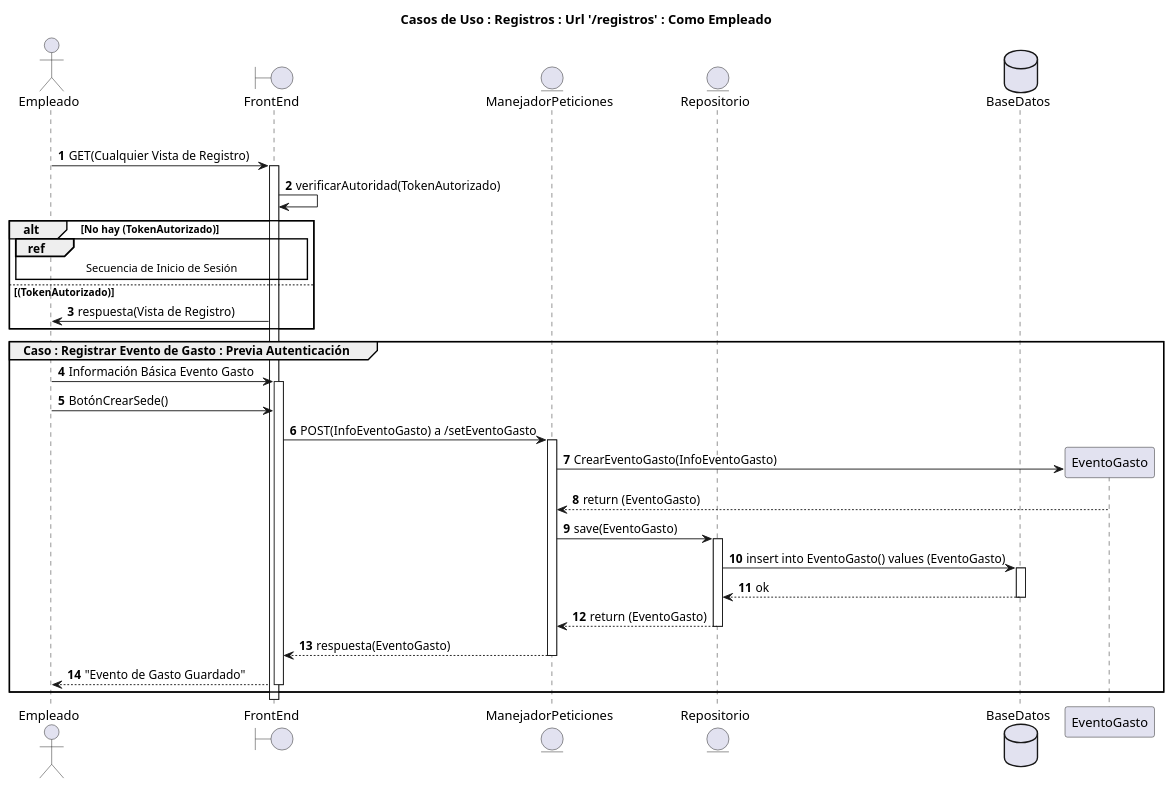
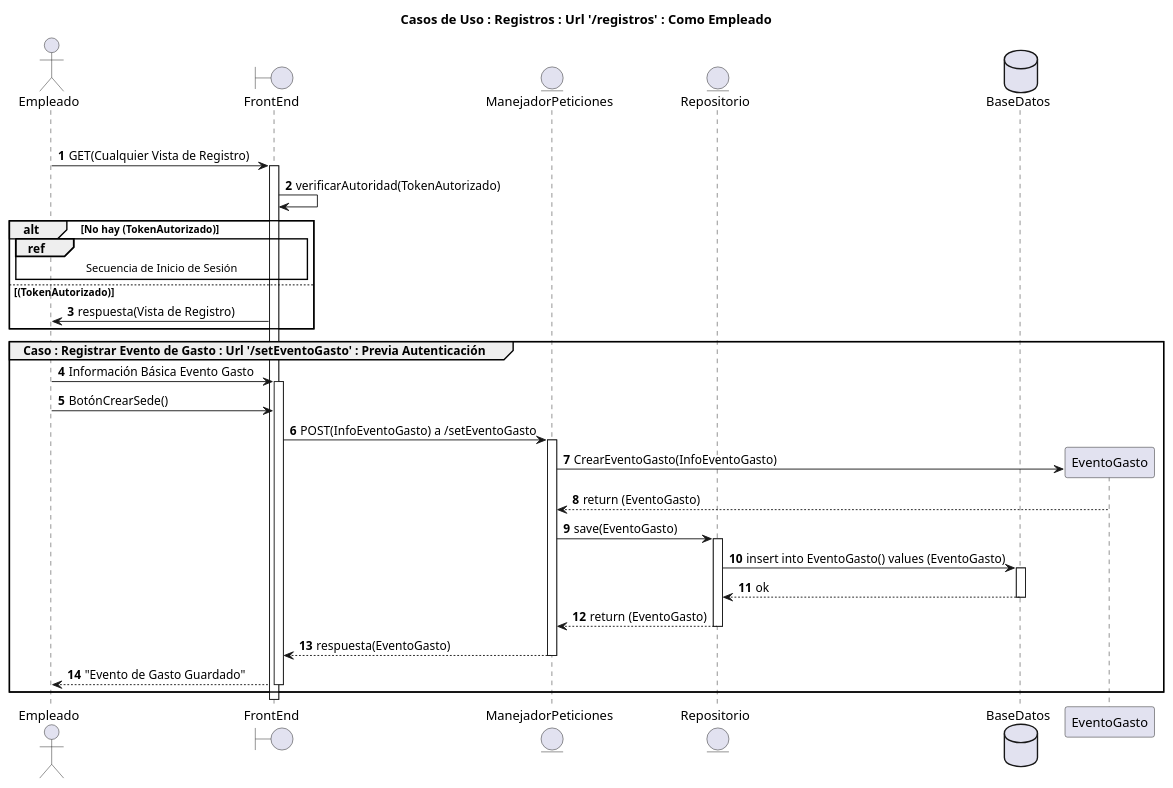
The diagram in diagramas/DiagramaDeSecuencia_Registros_Empleado.puml (sfelipehh/ProgramacionAplicada), drawn with PlantUML before and after one commit. The commit also changed 36 other files, not shown here.

Commit message:
Correción del MR y de otros diagramas; entidades, repositorios, y urls de registro y consulta creadas

```diff
--- a/diagramas/DiagramaDeSecuencia_Registros_Empleado.puml
+++ b/diagramas/DiagramaDeSecuencia_Registros_Empleado.puml
@@ -1,35 +1,35 @@
 @startuml
 'https://plantuml.com/sequence-diagram
 title Casos de Uso : Registros : Url '/registros' : Como Empleado
 
 actor Empleado
 boundary FrontEnd
 entity ManejadorPeticiones
 entity Repositorio
 database BaseDatos
 
 autonumber
 group Comprobación Autenticación
 Empleado -> FrontEnd ++ : GET(Cualquier Vista de Registro)
 FrontEnd -> FrontEnd : verificarAutoridad(TokenAutorizado)
 alt No hay (TokenAutorizado)
 ref over Empleado,FrontEnd : Secuencia de Inicio de Sesión
 else (TokenAutorizado)
 FrontEnd -> Empleado : respuesta(Vista de Registro)
 end
 
-group Caso : Registrar Evento de Gasto : Previa Autenticación
+group Caso : Registrar Evento de Gasto : Url '/setEventoGasto' : Previa Autenticación
 Empleado -> FrontEnd ++ : Información Básica Evento Gasto
 Empleado -> FrontEnd : BotónCrearSede()
 FrontEnd -> ManejadorPeticiones ++ : POST(InfoEventoGasto) a /setEventoGasto
 ManejadorPeticiones -> EventoGasto ** : CrearEventoGasto(InfoEventoGasto)
 EventoGasto --> ManejadorPeticiones : return (EventoGasto)
 ManejadorPeticiones -> Repositorio ++ : save(EventoGasto)
 Repositorio -> BaseDatos ++ : insert into EventoGasto() values (EventoGasto)
 BaseDatos --> Repositorio -- : ok
 Repositorio --> ManejadorPeticiones -- : return (EventoGasto)
 ManejadorPeticiones --> FrontEnd -- : respuesta(EventoGasto)
 FrontEnd --> Empleado -- : "Evento de Gasto Guardado"
 end
 
 @enduml
```
